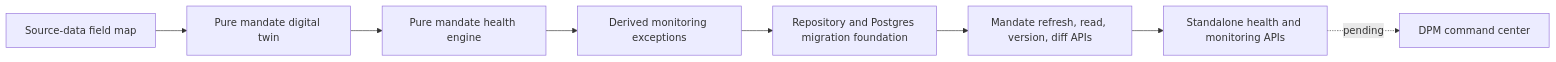
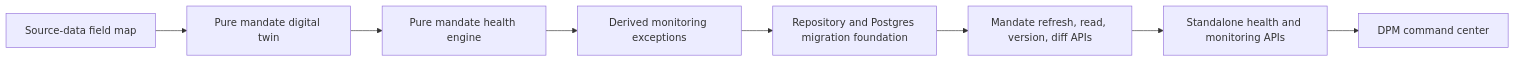
Before and after one commit to sgajbi/lotus-manage: the second of 2 diagrams in wiki/Roadmap.md, drawn with Mermaid. The commit also changed other lines of this file and 12 other files, not shown here.

Commit message:
feat: add mandate command center summary

````diff
--- a/wiki/Roadmap.md
+++ b/wiki/Roadmap.md
@@ -85,10 +85,10 @@
 ```mermaid
 flowchart LR
     FieldMap[Source-data field map] --> Twin[Pure mandate digital twin]
     Twin --> Health[Pure mandate health engine]
     Health --> Exceptions[Derived monitoring exceptions]
     Exceptions --> Persistence[Repository and Postgres migration foundation]
     Persistence --> APIs[Mandate refresh, read, version, diff APIs]
     APIs --> HealthApis[Standalone health and monitoring APIs]
-    HealthApis -. pending .-> Command[DPM command center]
+    HealthApis --> Command[DPM command center]
 ```
````
